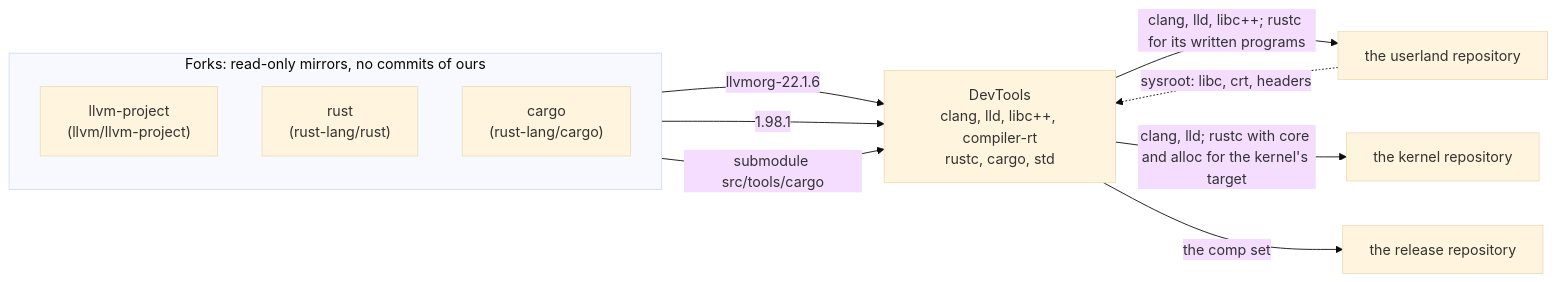
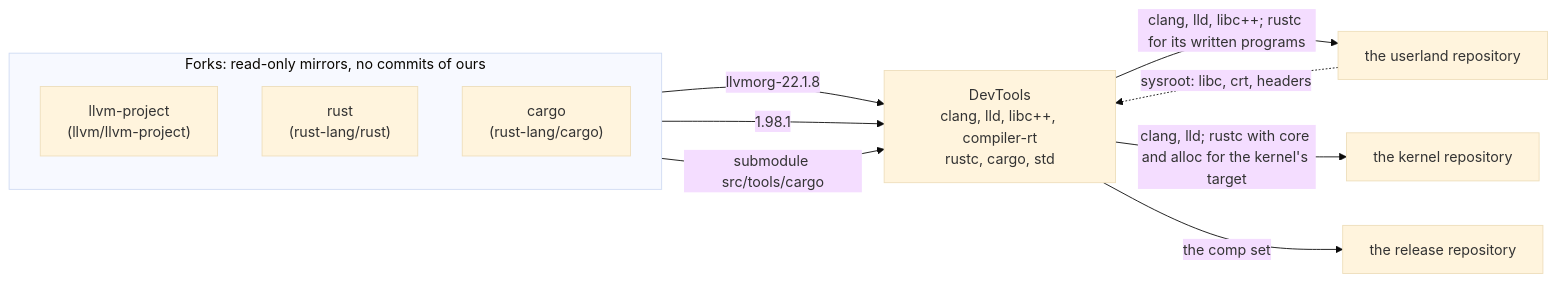
One commit to EmiBSD/DevTools changed the diagram in docs/TOOLCHAIN.md. Above: the diagram before and after it, drawn with Mermaid (base theme). The commit also changed other lines of this file and 6 other files, not shown here.

````diff
--- a/docs/TOOLCHAIN.md
+++ b/docs/TOOLCHAIN.md
@@ -15,21 +15,21 @@
 ```mermaid
 flowchart LR
     subgraph forks["Forks: read-only mirrors, no commits of ours"]
         direction TB
         llvm["llvm-project<br/>(llvm/llvm-project)"]
         rust["rust<br/>(rust-lang/rust)"]
         cargo["cargo<br/>(rust-lang/cargo)"]
     end
     dev["DevTools<br/>clang, lld, libc++, compiler-rt<br/>rustc, cargo, std"]
     ul["the userland repository"]
     k["the kernel repository"]
     os["the release repository"]
 
-    llvm -- "llvmorg-22.1.6" --> dev
+    llvm -- "llvmorg-22.1.8" --> dev
     rust -- "1.98.1" --> dev
     cargo -- "submodule src/tools/cargo" --> dev
     dev -- "clang, lld, libc++; rustc for its written programs" --> ul
     dev -- "clang, lld; rustc with core and alloc for the kernel's target" --> k
     dev -- "the comp set" --> os
     ul -. "sysroot: libc, crt, headers" .-> dev
 ```
````
